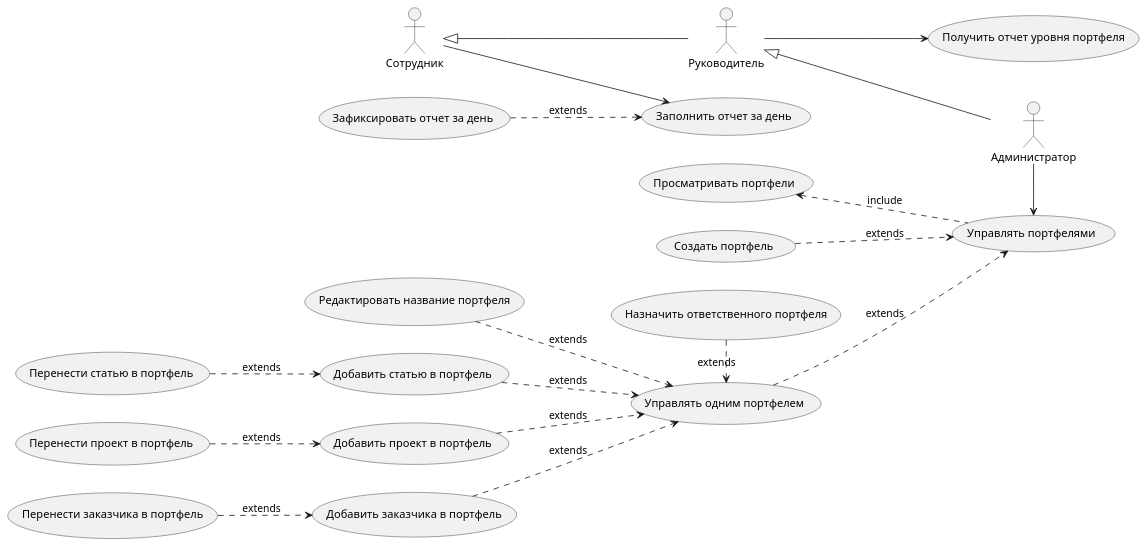
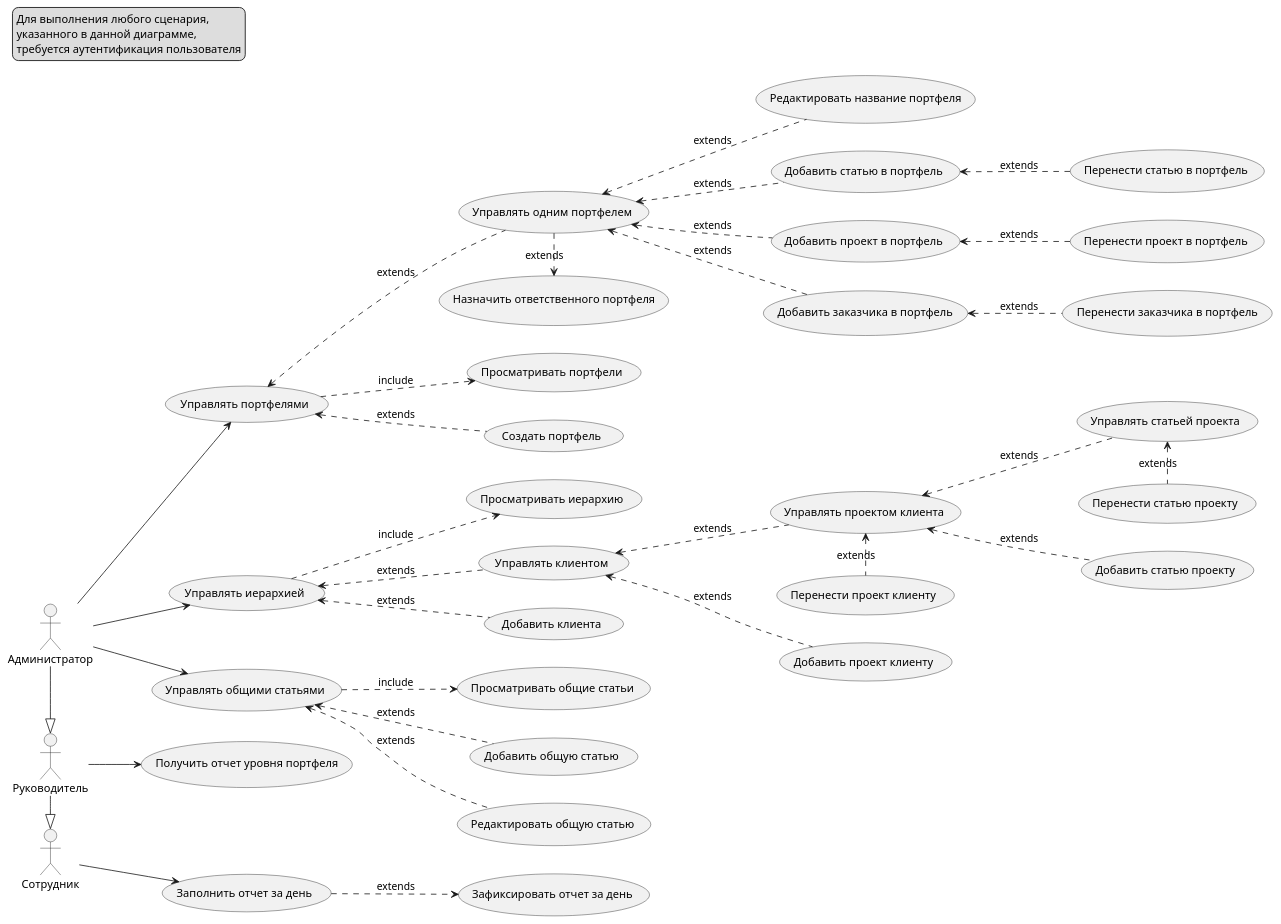
The diagram in uml/UseCase.puml (APTSquad/aptracker-docs), drawn with PlantUML before and after one commit.

Commit message:
Update use case

```diff
--- a/uml/UseCase.puml
+++ b/uml/UseCase.puml
@@ -1,60 +1,107 @@
 @startuml 'APTracker Use Cases'
 left to right direction
 
 :Администратор: as Admin
 :Руководитель: as Manager
 :Сотрудник: as Developer
+
+Admin -|> Manager
+Manager -|> Developer
+
 
 (Управлять портфелями) as (BagManage)
 (Просматривать портфели) as (BagView)
 (Создать портфель) as (BagCreate)
 
 (Управлять одним портфелем) as (BagManageSingle)
 (Редактировать название портфеля) as (BagRename)
 (Назначить ответственного портфеля) as (BagSetResponsive)
 
 (Добавить статью в портфель) as (BagAddArticle)
 (Перенести статью в портфель) as (BagMoveArticle)
 
 (Добавить проект в портфель) as (BagAddProject)
 (Перенести проект в портфель) as (BagMoveProject)
 
 (Добавить заказчика в портфель) as (BagAddClient)
 (Перенести заказчика в портфель) as (BagMoveClient)
 
-(BagCreate) ..> (BagManage) : extends
-(BagView) <.. (BagManage) : include
+(BagManage) <.. (BagCreate) : extends
+(BagManage) ..> (BagView) : include
 
-(BagManageSingle) ..> (BagManage) : extends
+(BagManage) <.. (BagManageSingle) : extends
 
-(BagAddArticle) ..> (BagManageSingle) : extends
-(BagMoveArticle) ..> (BagAddArticle) : extends
+(BagManageSingle) <.. (BagAddArticle) : extends
+(BagAddArticle) <.. (BagMoveArticle) : extends
 
-(BagAddProject) ..> (BagManageSingle) : extends
-(BagMoveProject) ..> (BagAddProject) : extends
+(BagManageSingle) <.. (BagAddProject) : extends
+(BagAddProject) <.. (BagMoveProject) : extends
 
-(BagAddClient) ..> (BagManageSingle) : extends
-(BagMoveClient) ..> (BagAddClient) : extends
+(BagManageSingle) <.. (BagAddClient) : extends
+(BagAddClient) <.. (BagMoveClient) : extends
 
-(BagRename) ..> (BagManageSingle) : extends
+(BagManageSingle) <.. (BagRename) : extends
 
-(BagSetResponsive) .> (BagManageSingle) : extends
+(BagManageSingle) .> (BagSetResponsive) : extends
 
-Admin -> (BagManage)
-
-Manager <|-- Admin
-Developer <|-- Manager
-
+Admin --> (BagManage)
 
 (Получить отчет уровня портфеля) as (GetBagReport)
 Manager --> (GetBagReport)
 
-
 (Заполнить отчет за день) as (FillDailyReport)
 (Зафиксировать отчет за день) as (FixDailyReport)
-(FixDailyReport) ..> (FillDailyReport) : extends
+(FillDailyReport) ..> (FixDailyReport) : extends
 
 Developer --> (FillDailyReport)
 
+(Управлять иерархией) as (ManageHierarchy)
+(Просматривать иерархию) as (ViewHierarchy)
+(ManageHierarchy) ..> (ViewHierarchy) : include
+
+(Управлять клиентом) as (ManageClient)
+(Управлять проектом клиента) as (ManageProject)
+(Управлять статьей проекта) as (ManageArticle)
+
+(ManageHierarchy) <.. (ManageClient) : extends
+(ManageClient) <.. (ManageProject) : extends
+(ManageProject) <.. (ManageArticle) : extends
+
+
+(Добавить клиента) as (AddClient)
+(Добавить проект клиенту) as (AddProject)
+(Добавить статью проекту) as (AddArticle)
+
+(ManageHierarchy) <.. (AddClient) : extends
+(ManageClient) <.. (AddProject) : extends
+(ManageProject) <.. (AddArticle) : extends
+
+(Перенести проект клиенту) as (TransferProject)
+(Перенести статью проекту) as (TransferArticle)
+
+(ManageProject) <. (TransferProject) : extends
+(ManageArticle) <. (TransferArticle) : extends
+
+(Управлять общими статьями) as (ManageCommonArticles)
+
+(ManageCommonArticles) ..> (ViewCommonArticles) : include
+
+(ManageCommonArticles) <.. (AddCommonArticle) : extends
+(ManageCommonArticles) <.. (EditCommonArticle) : extends
+
+(Просматривать общие статьи) as (ViewCommonArticles)
+(Добавить общую статью) as (AddCommonArticle)
+(Редактировать общую статью) as (EditCommonArticle)
+
+
+Admin --> (ManageHierarchy)
+Admin --> (ManageCommonArticles)
+
+legend top left
+    Для выполнения любого сценария,
+    указанного в данной диаграмме,
+    требуется аутентификация пользователя
+endlegend
+
 
 @enduml
```
